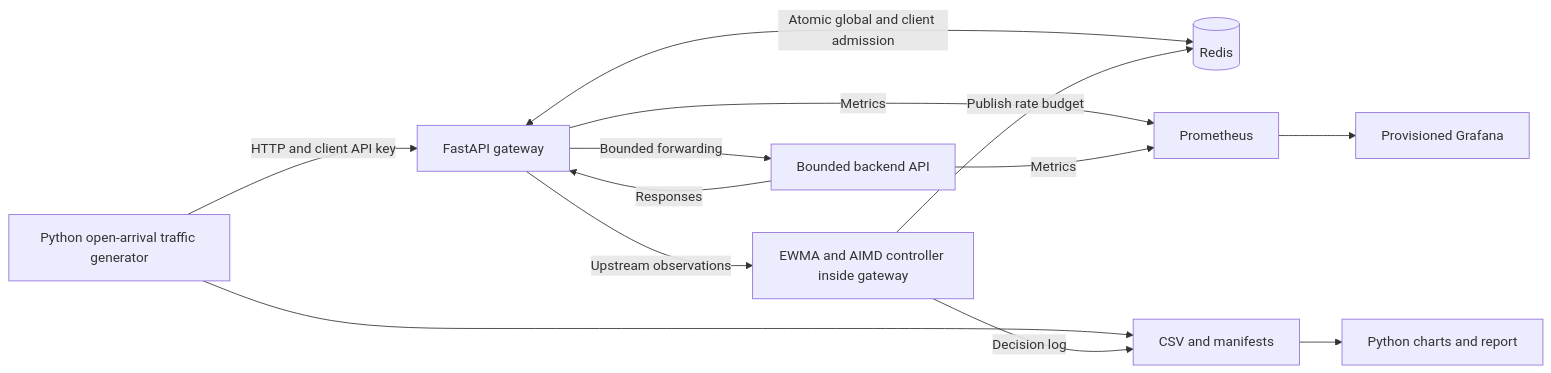
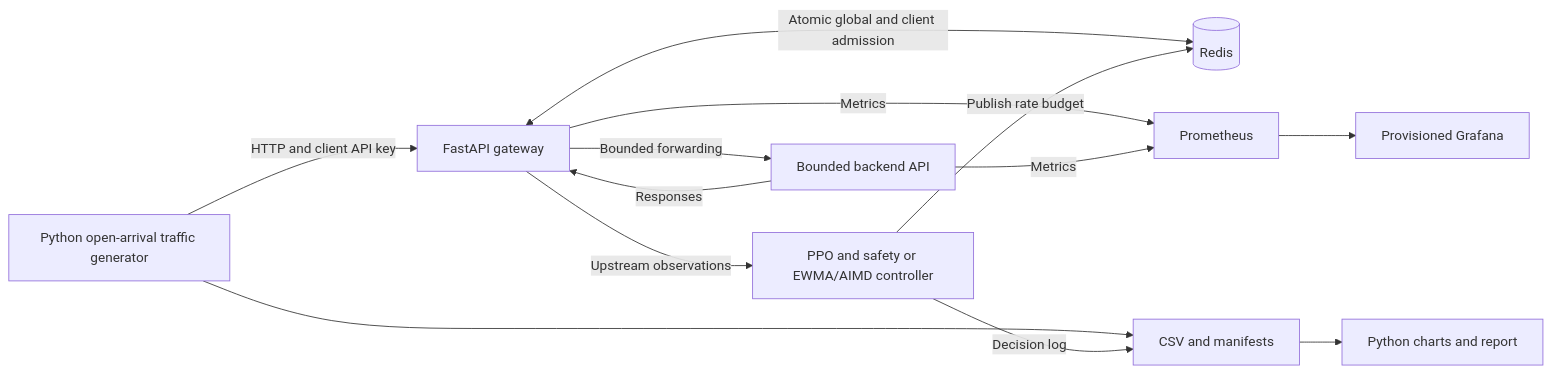
Before and after one commit to xMN-28/Intelligent-API-Rate-Limiting: the diagram in docs/architecture.mmd, drawn with Mermaid. The commit also changed 116 other files, not shown here.

```diff
--- a/docs/architecture.mmd
+++ b/docs/architecture.mmd
@@ -1,13 +1,13 @@
 flowchart LR
     T[Python open-arrival traffic generator] -->|HTTP and client API key| G[FastAPI gateway]
     G <-->|Atomic global and client admission| R[(Redis)]
     G -->|Bounded forwarding| B[Bounded backend API]
     B -->|Responses| G
-    G -->|Upstream observations| C[EWMA and AIMD controller inside gateway]
+    G -->|Upstream observations| C[PPO and safety or EWMA/AIMD controller]
     C -->|Publish rate budget| R
     G -->|Metrics| P[Prometheus]
     B -->|Metrics| P
     P --> D[Provisioned Grafana]
     T --> A[CSV and manifests]
     C -->|Decision log| A
     A --> V[Python charts and report]
```
